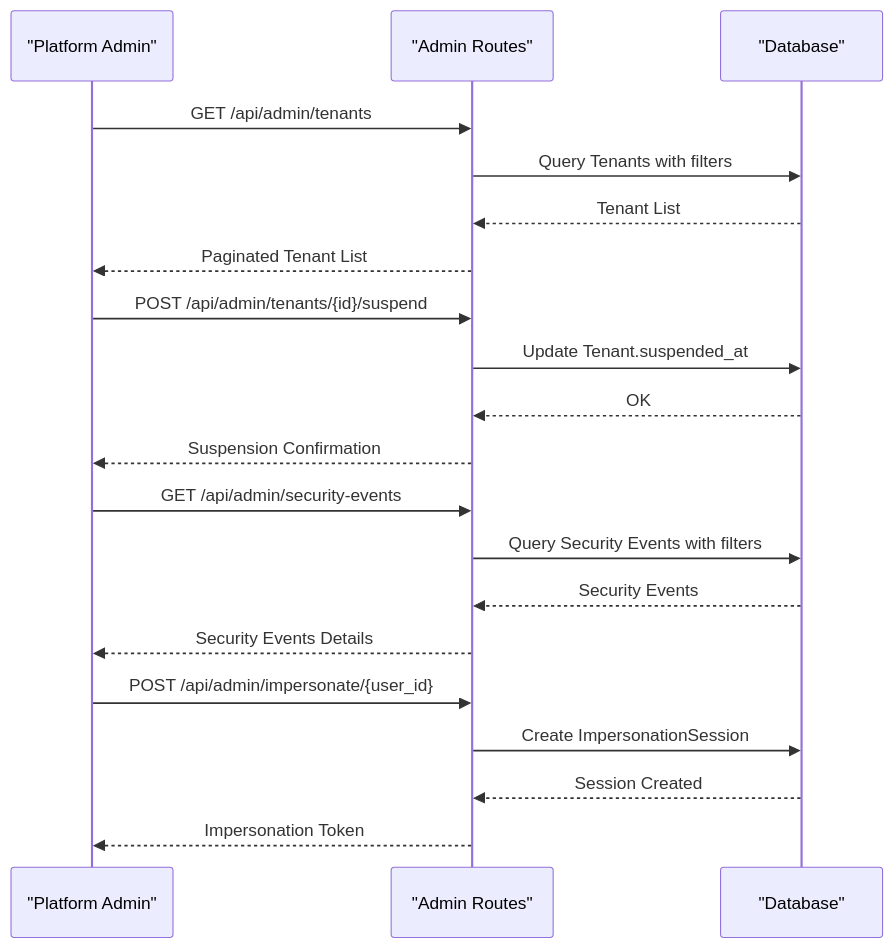
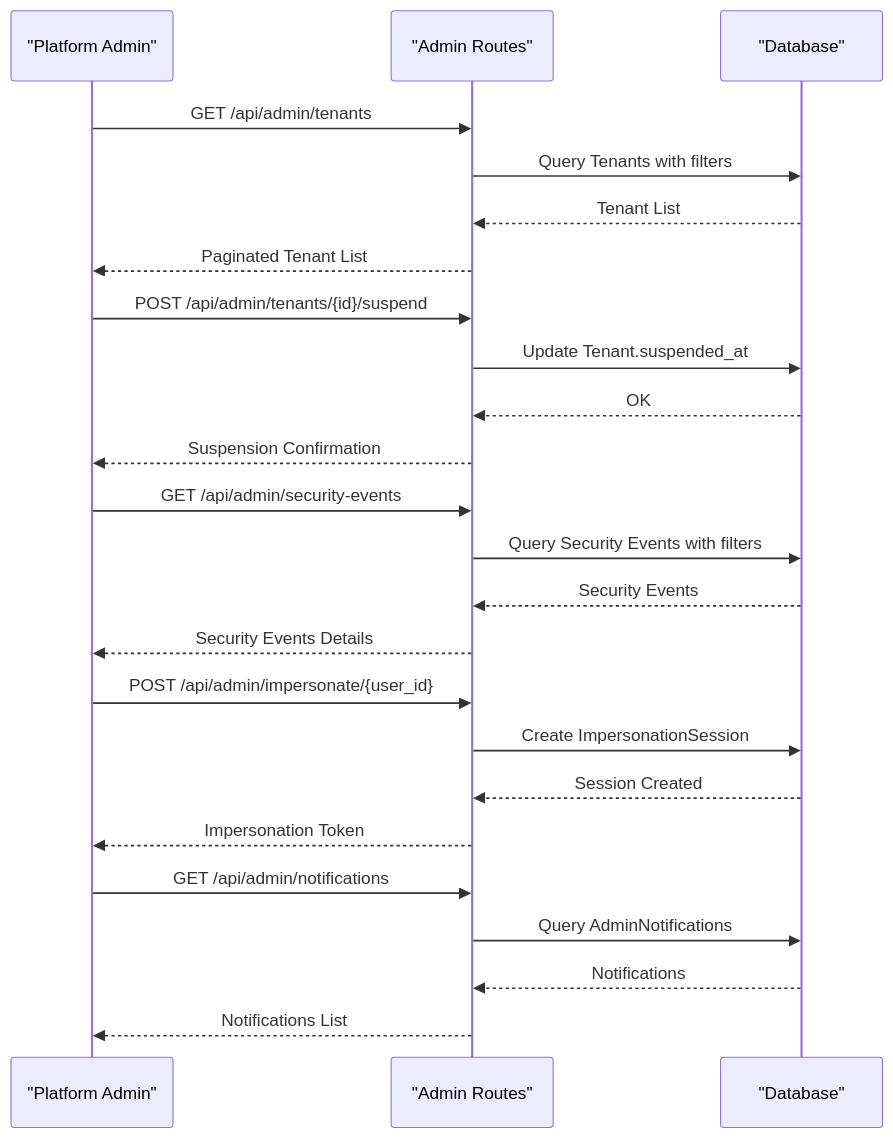
Before and after one commit to Revanththetalogics/aireume: the tenth of 22 diagrams in .qoder/repowiki/en/content/Multi-Tenant System/Multi-Tenant System.md, drawn with Mermaid. The commit also changed other lines of this file and 13 other files, not shown here.

````diff
--- a/.qoder/repowiki/en/content/Multi-Tenant System/Multi-Tenant System.md
+++ b/.qoder/repowiki/en/content/Multi-Tenant System/Multi-Tenant System.md
@@ -845,22 +917,26 @@
 ```mermaid
 sequenceDiagram
 participant Admin as "Platform Admin"
 participant AdminRoute as "Admin Routes"
 participant DB as "Database"
 Admin->>AdminRoute : GET /api/admin/tenants
 AdminRoute->>DB : Query Tenants with filters
 DB-->>AdminRoute : Tenant List
 AdminRoute-->>Admin : Paginated Tenant List
 Admin->>AdminRoute : POST /api/admin/tenants/{id}/suspend
 AdminRoute->>DB : Update Tenant.suspended_at
 DB-->>AdminRoute : OK
 AdminRoute-->>Admin : Suspension Confirmation
 Admin->>AdminRoute : GET /api/admin/security-events
 AdminRoute->>DB : Query Security Events with filters
 DB-->>AdminRoute : Security Events
 AdminRoute-->>Admin : Security Events Details
 Admin->>AdminRoute : POST /api/admin/impersonate/{user_id}
 AdminRoute->>DB : Create ImpersonationSession
 DB-->>AdminRoute : Session Created
 AdminRoute-->>Admin : Impersonation Token
+Admin->>AdminRoute : GET /api/admin/notifications
+AdminRoute->>DB : Query AdminNotifications
+DB-->>AdminRoute : Notifications
+AdminRoute-->>Admin : Notifications List
 ```
````
